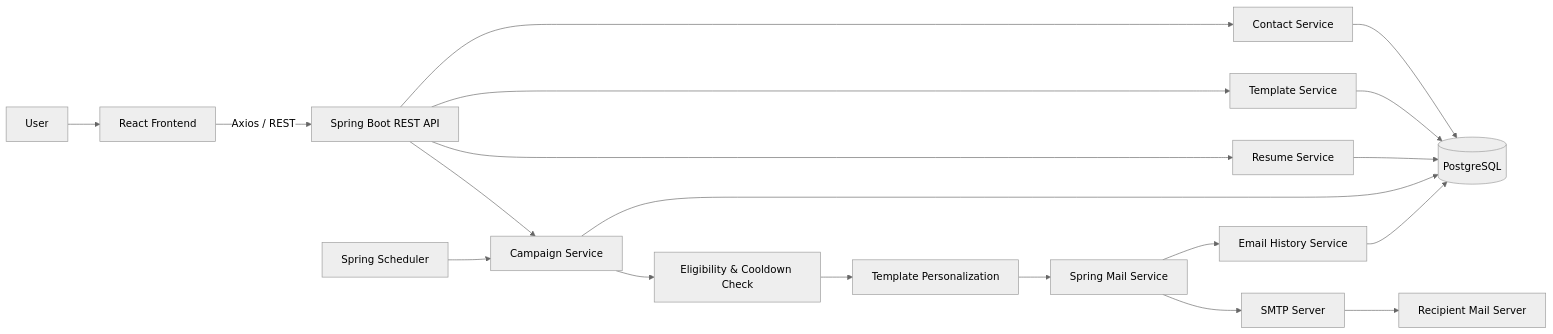
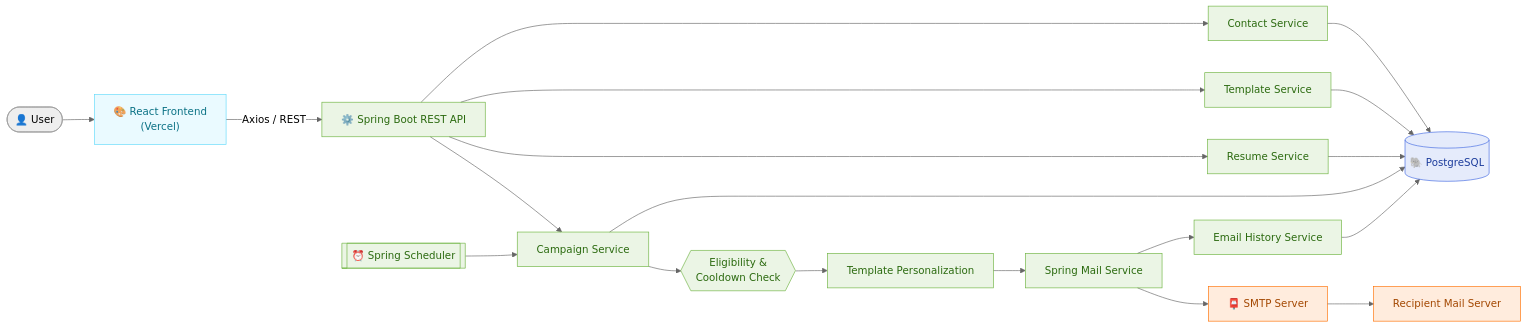
The third of 29 diagrams in README.md (ashrithBalaji456/Referal_Hub_Frontend), drawn with Mermaid (neutral theme) before and after one commit. The commit also changed other lines of this file, not shown here.

````diff
--- a/README.md
+++ b/README.md
@@ -136,26 +212,35 @@
-``` mermaid
+```mermaid
 flowchart LR
-    U[User] --> FE[React Frontend]
-    FE -->|Axios / REST| API[Spring Boot REST API]
+    U([👤 User]) --> FE["🎨 React Frontend<br/>(Vercel)"]
+    FE -->|"Axios / REST"| API["⚙️ Spring Boot REST API"]
 
     API --> CS[Contact Service]
     API --> TS[Template Service]
     API --> RS[Resume Service]
     API --> CPS[Campaign Service]
 
-    SCH[Spring Scheduler] --> CPS
+    SCH[["⏰ Spring Scheduler"]] --> CPS
 
-    CS --> DB[(PostgreSQL)]
+    CS --> DB[("🐘 PostgreSQL")]
     TS --> DB
     RS --> DB
     CPS --> DB
 
-    CPS --> EL[Eligibility & Cooldown Check]
+    CPS --> EL{{"Eligibility &<br/>Cooldown Check"}}
     EL --> PS[Template Personalization]
     PS --> MS[Spring Mail Service]
-    MS --> SMTP[SMTP Server]
+    MS --> SMTP[📮 SMTP Server]
     SMTP --> REC[Recipient Mail Server]
 
     MS --> HIST[Email History Service]
     HIST --> DB
+
+    classDef fe fill:#61DAFB22,stroke:#61DAFB,color:#0b7285
+    classDef be fill:#6DB33F22,stroke:#6DB33F,color:#2b6a0f
+    classDef db fill:#4169E122,stroke:#4169E1,color:#1c3c9c
+    classDef ext fill:#ff6f0022,stroke:#ff6f00,color:#a34700
+    class FE fe
+    class API,CS,TS,RS,CPS,EL,PS,MS,HIST,SCH be
+    class DB db
+    class SMTP,REC ext
 ```
````
